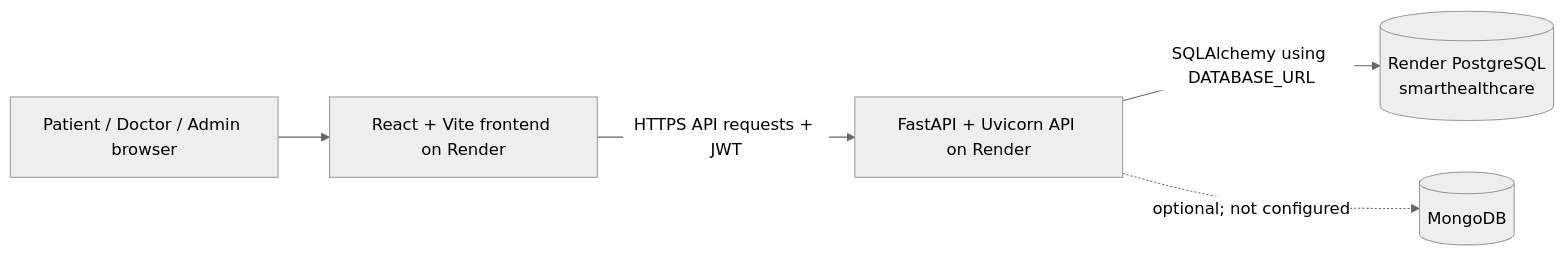
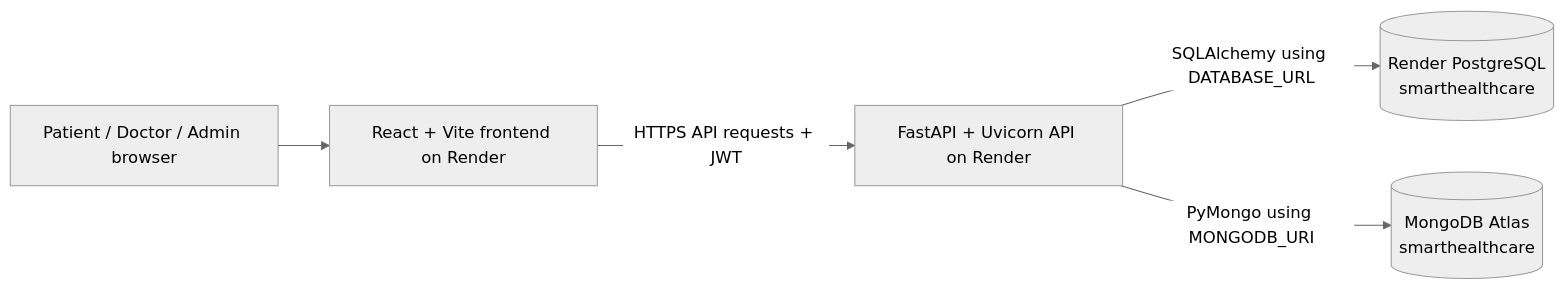
The diagram in docs/BACKEND_OVERVIEW.md (vadlavishal-85/AI-Driven-Smart-Healthcare), drawn with Mermaid (neutral theme) before and after one commit. The commit also changed other lines of this file and 13 other files, not shown here.

````diff
--- a/docs/BACKEND_OVERVIEW.md
+++ b/docs/BACKEND_OVERVIEW.md
@@ -5,7 +5,7 @@
 ```mermaid
 flowchart LR
   U[Patient / Doctor / Admin browser] --> F[React + Vite frontend on Render]
   F -->|HTTPS API requests + JWT| A[FastAPI + Uvicorn API on Render]
   A -->|SQLAlchemy using DATABASE_URL| P[(Render PostgreSQL\nsmarthealthcare)]
-  A -. optional; not configured .-> M[(MongoDB)]
+  A -->|PyMongo using MONGODB_URI| M[(MongoDB Atlas\nsmarthealthcare)]
 ```
````
